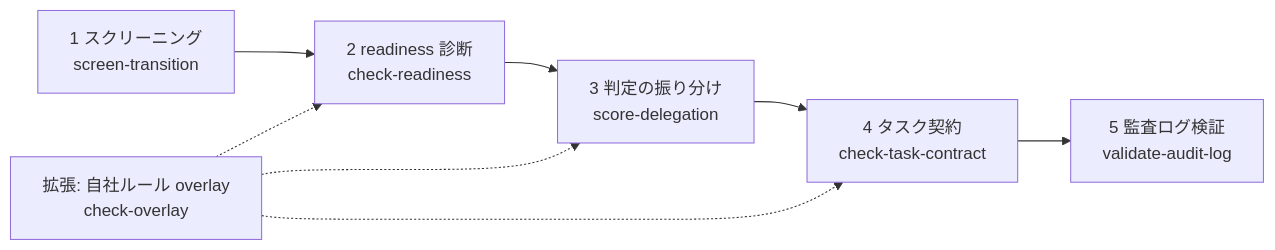
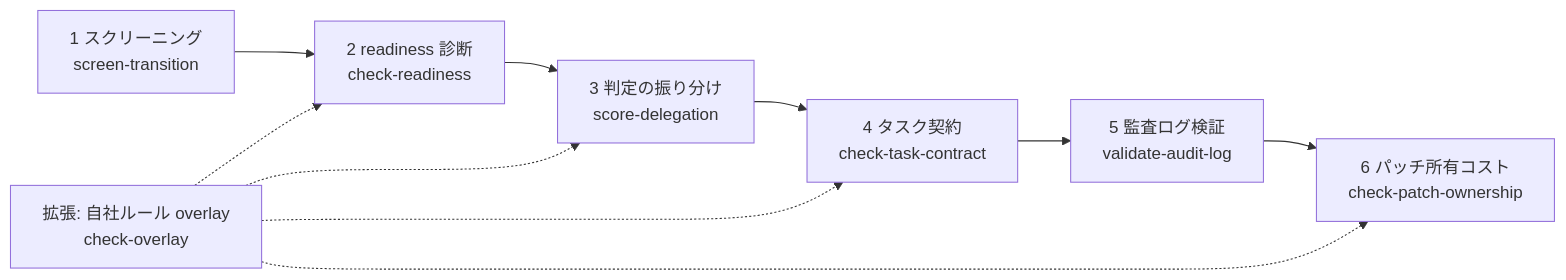
Before and after one commit to suwa-sh/ai-delegation-readiness: the diagram in docs/00_overview.md, drawn with Mermaid. The commit also changed other lines of this file and 35 other files, not shown here.

Commit message:
feat: add AI patch ownership-cost gate (v0.12.0)

````diff
--- a/docs/00_overview.md
+++ b/docs/00_overview.md
@@ -34,10 +34,12 @@
 ```mermaid
 flowchart LR
     s1["1 スクリーニング<br/>screen-transition"] --> s2["2 readiness 診断<br/>check-readiness"]
     s2 --> s3["3 判定の振り分け<br/>score-delegation"]
     s3 --> s4["4 タスク契約<br/>check-task-contract"]
     s4 --> s5["5 監査ログ検証<br/>validate-audit-log"]
+    s5 --> s6["6 パッチ所有コスト<br/>check-patch-ownership"]
     ov["拡張: 自社ルール overlay<br/>check-overlay"] -.-> s2
     ov -.-> s3
     ov -.-> s4
+    ov -.-> s6
 ```
````
